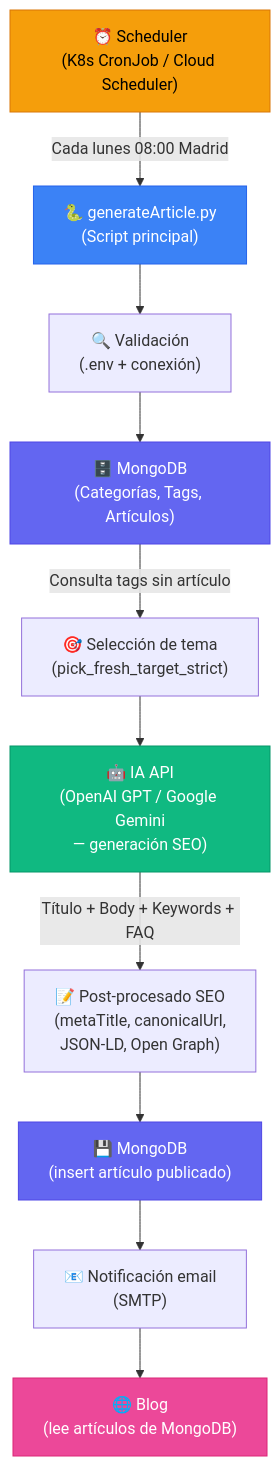
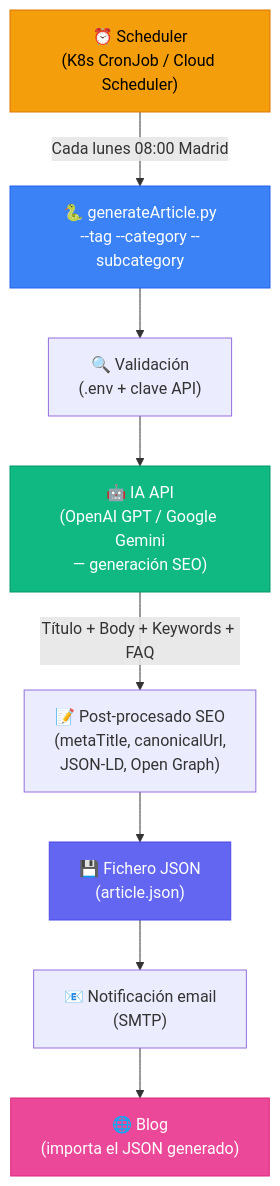
One commit to juanfranciscofernandezherreros/ai-generic-generation-content changed the diagram in README.md. Above: the diagram before and after it, drawn with Mermaid. The commit also changed other lines of this file and 9 other files, not shown here.

Commit message:
Update all documentation and .env files to reflect MongoDB-free CLI-based architecture

````diff
--- a/README.md
+++ b/README.md
@@ -505,19 +437,16 @@
 ```mermaid
 flowchart TD
     A["⏰ Scheduler\n(K8s CronJob / Cloud Scheduler)"] -->|"Cada lunes 08:00 Madrid"| B
-    B["🐍 generateArticle.py\n(Script principal)"] --> C["🔍 Validación\n(.env + conexión)"]
-    C --> D["🗄️ MongoDB\n(Categorías, Tags, Artículos)"]
-    D -->|"Consulta tags sin artículo"| E["🎯 Selección de tema\n(pick_fresh_target_strict)"]
-    E --> F["🤖 IA API\n(OpenAI GPT / Google Gemini\n— generación SEO)"]
+    B["🐍 generateArticle.py\n--tag --category --subcategory"] --> C["🔍 Validación\n(.env + clave API)"]
+    C --> F["🤖 IA API\n(OpenAI GPT / Google Gemini\n— generación SEO)"]
     F -->|"Título + Body + Keywords + FAQ"| G["📝 Post-procesado SEO\n(metaTitle, canonicalUrl,\nJSON-LD, Open Graph)"]
-    G --> H["💾 MongoDB\n(insert artículo publicado)"]
+    G --> H["💾 Fichero JSON\n(article.json)"]
     H --> I["📧 Notificación email\n(SMTP)"]
-    I --> J["🌐 Blog\n(lee artículos de MongoDB)"]
+    I --> J["🌐 Blog\n(importa el JSON generado)"]
 
     style A fill:#f59e0b,stroke:#d97706,color:#000
     style B fill:#3b82f6,stroke:#2563eb,color:#fff
     style F fill:#10b981,stroke:#059669,color:#fff
-    style D fill:#6366f1,stroke:#4f46e5,color:#fff
     style H fill:#6366f1,stroke:#4f46e5,color:#fff
     style J fill:#ec4899,stroke:#db2777,color:#fff
 ```
````
